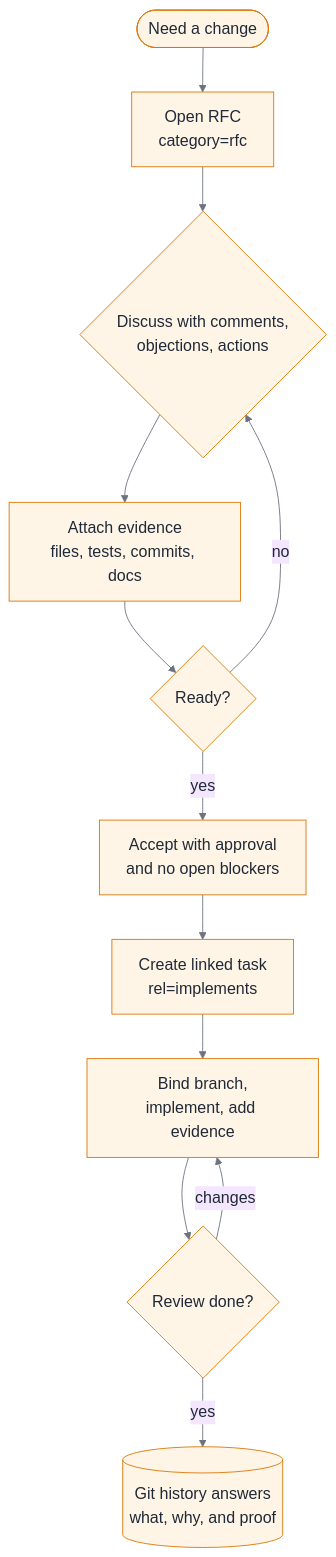
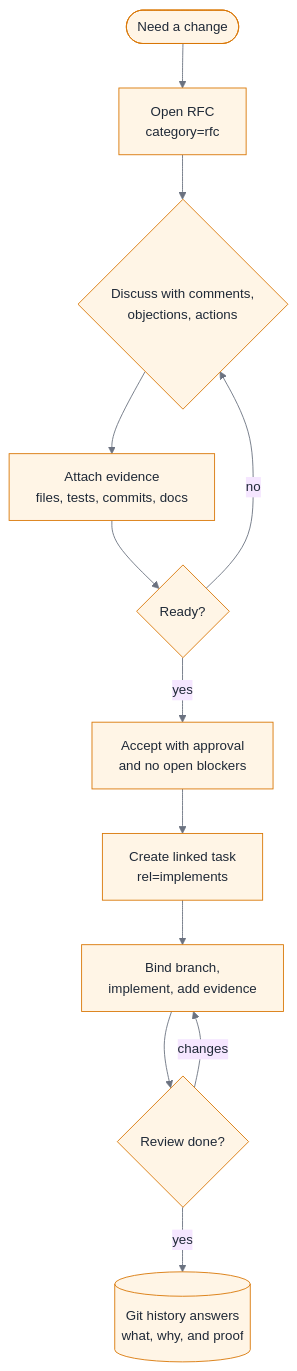
One commit to tmineno/gitforum changed the diagram in README.md. Above: the diagram before and after it, drawn with Mermaid.

Commit message:
docs(readme): set mermaid fontSize to 15px

````diff
--- a/README.md
+++ b/README.md
@@ -13,24 +13,24 @@
 ```mermaid
 ---
 config:
   theme: "base"
   themeVariables:
-    fontSize: 18px
+    fontSize: 15px
     primaryColor: "#fff5e6"
     primaryBorderColor: "#d97706"
     primaryTextColor: "#1f2937"
     lineColor: "#6b7280"
 ---
 flowchart TD
     need([Need a change]) --> rfc[Open RFC<br/>category=rfc]
     rfc --> discuss{Discuss with comments,<br/>objections, actions}
     discuss --> evidence[Attach evidence<br/>files, tests, commits, docs]
     evidence --> decision{Ready?}
     decision -- no --> discuss
     decision -- yes --> accept[Accept with approval<br/>and no open blockers]
     accept --> task[Create linked task<br/>rel=implements]
     task --> implement[Bind branch,<br/>implement, add evidence]
     implement --> review{Review done?}
     review -- changes --> implement
     review -- yes --> memory[(Git history answers<br/>what, why, and proof)]
 ```
````
